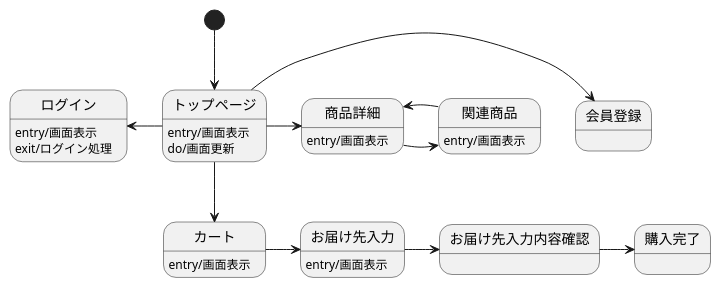
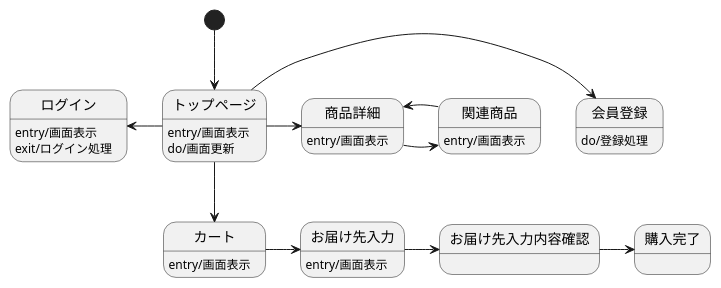
Before and after one commit to aso2001036/2021sys-design: the diagram in 12.md, drawn with PlantUML.

````diff
--- a/12.md
+++ b/12.md
@@ -1,26 +1,27 @@
 ```uml
 @startuml
 [*] --> トップページ
 トップページ -> 会員登録
+会員登録 : do/登録処理
 トップページ -left-> ログイン
 ログイン : entry/画面表示
 ログイン : exit/ログイン処理
 トップページ --> カート
 トップページ -> 商品詳細
 トップページ : entry/画面表示
 トップページ : do/画面更新
 商品詳細 -> 関連商品
 関連商品 : entry/画面表示
 
 関連商品 -> 商品詳細
 商品詳細 : entry/画面表示
 
 カート -> お届け先入力
 カート : entry/画面表示
 
 お届け先入力 -> お届け先入力内容確認
 お届け先入力 : entry/画面表示
 
 お届け先入力内容確認 -> 購入完了
 @enduml
 ```
````
